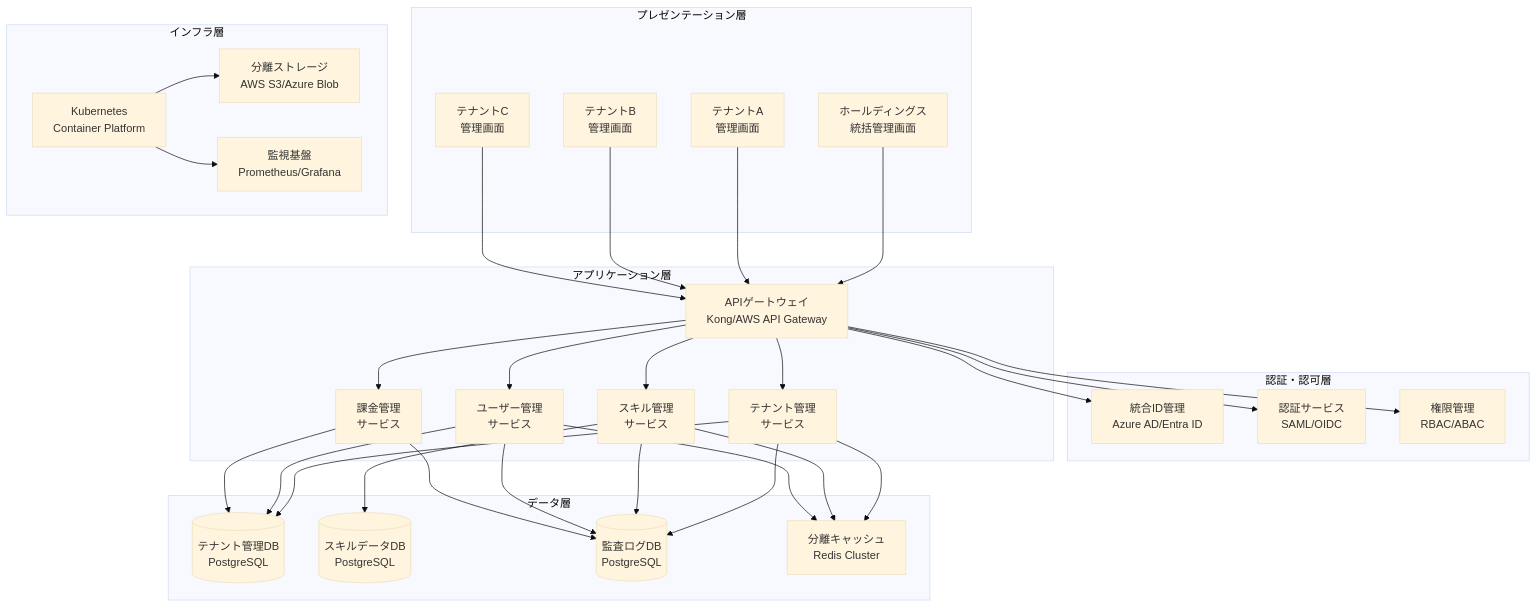
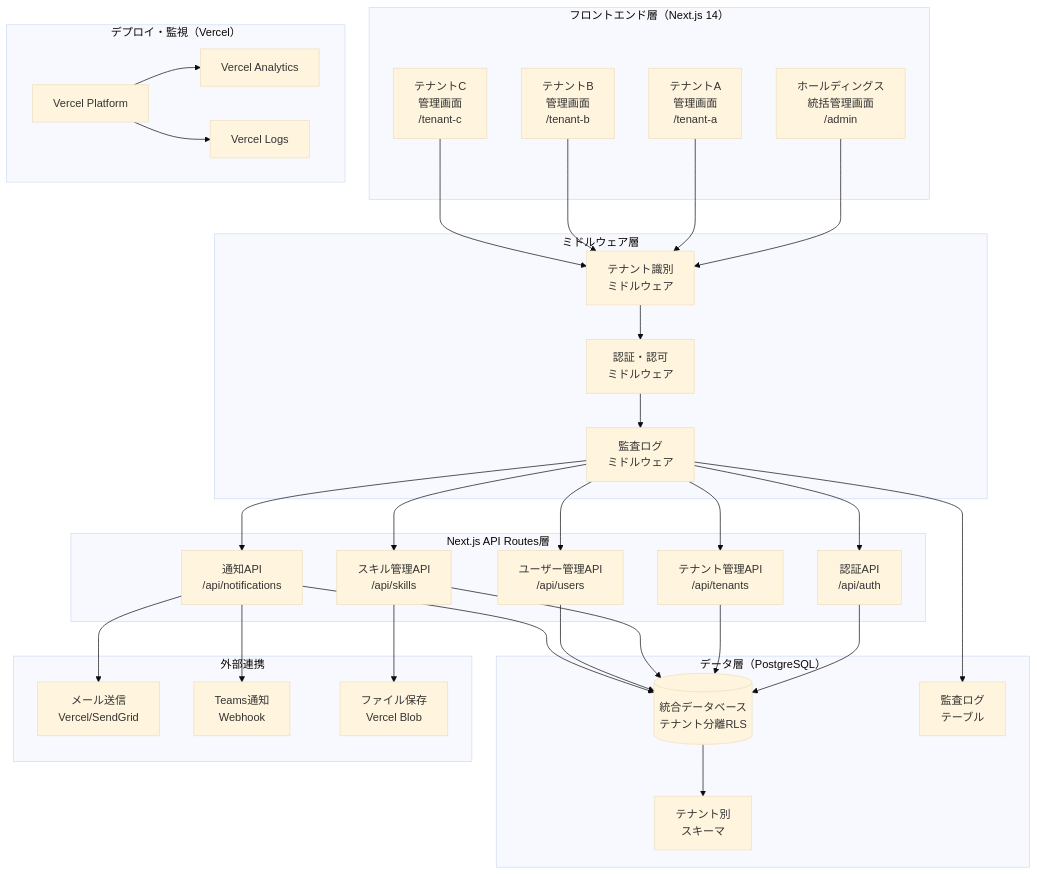
One commit to sas-dx/skill-report-web changed the first of 2 diagrams in docs/design/architecture/マルチテナントアーキテクチャ設計書.md. Above: the diagram before and after it, drawn with Mermaid (base theme). The commit also changed other lines of this file, not shown here.

````diff
--- a/docs/design/architecture/マルチテナントアーキテクチャ設計書.md
+++ b/docs/design/architecture/マルチテナントアーキテクチャ設計書.md
@@ -53,67 +55,71 @@
 ```mermaid
 graph TB
-    subgraph "プレゼンテーション層"
-        HQ_UI[ホールディングス<br/>統括管理画面]
-        TA_UI[テナントA<br/>管理画面]
-        TB_UI[テナントB<br/>管理画面]
-        TC_UI[テナントC<br/>管理画面]
+    subgraph "フロントエンド層（Next.js 14）"
+        HQ_UI[ホールディングス<br/>統括管理画面<br/>/admin]
+        TA_UI[テナントA<br/>管理画面<br/>/tenant-a]
+        TB_UI[テナントB<br/>管理画面<br/>/tenant-b]
+        TC_UI[テナントC<br/>管理画面<br/>/tenant-c]
     end
     
-    subgraph "認証・認可層"
-        IAM[統合ID管理<br/>Azure AD/Entra ID]
-        AUTH[認証サービス<br/>SAML/OIDC]
-        RBAC[権限管理<br/>RBAC/ABAC]
+    subgraph "Next.js API Routes層"
+        AUTH_API[認証API<br/>/api/auth]
+        TENANT_API[テナント管理API<br/>/api/tenants]
+        SKILL_API[スキル管理API<br/>/api/skills]
+        USER_API[ユーザー管理API<br/>/api/users]
+        NOTIFY_API[通知API<br/>/api/notifications]
     end
     
-    subgraph "アプリケーション層"
-        API_GW[APIゲートウェイ<br/>Kong/AWS API Gateway]
-        TENANT_SVC[テナント管理<br/>サービス]
-        SKILL_SVC[スキル管理<br/>サービス]
-        USER_SVC[ユーザー管理<br/>サービス]
-        BILLING_SVC[課金管理<br/>サービス]
+    subgraph "ミドルウェア層"
+        TENANT_MW[テナント識別<br/>ミドルウェア]
+        AUTH_MW[認証・認可<br/>ミドルウェア]
+        AUDIT_MW[監査ログ<br/>ミドルウェア]
     end
     
-    subgraph "データ層"
-        TENANT_DB[(テナント管理DB<br/>PostgreSQL)]
-        SKILL_DB[(スキルデータDB<br/>PostgreSQL)]
-        AUDIT_DB[(監査ログDB<br/>PostgreSQL)]
-        CACHE[分離キャッシュ<br/>Redis Cluster]
+    subgraph "データ層（PostgreSQL）"
+        MAIN_DB[(統合データベース<br/>テナント分離RLS)]
+        TENANT_SCHEMA[テナント別<br/>スキーマ]
+        AUDIT_LOGS[監査ログ<br/>テーブル]
     end
     
-    subgraph "インフラ層"
-        K8S[Kubernetes<br/>Container Platform]
-        STORAGE[分離ストレージ<br/>AWS S3/Azure Blob]
-        MONITOR[監視基盤<br/>Prometheus/Grafana]
+    subgraph "外部連携"
+        EMAIL[メール送信<br/>Vercel/SendGrid]
+        TEAMS[Teams通知<br/>Webhook]
+        STORAGE[ファイル保存<br/>Vercel Blob]
     end
     
-    HQ_UI --> API_GW
-    TA_UI --> API_GW
-    TB_UI --> API_GW
-    TC_UI --> API_GW
+    subgraph "デプロイ・監視（Vercel）"
+        VERCEL[Vercel Platform]
+        ANALYTICS[Vercel Analytics]
+        LOGS[Vercel Logs]
+    end
     
-    API_GW --> IAM
-    API_GW --> AUTH
-    API_GW --> RBAC
+    HQ_UI --> TENANT_MW
+    TA_UI --> TENANT_MW
+    TB_UI --> TENANT_MW
+    TC_UI --> TENANT_MW
     
-    API_GW --> TENANT_SVC
-    API_GW --> SKILL_SVC
-    API_GW --> USER_SVC
-    API_GW --> BILLING_SVC
+    TENANT_MW --> AUTH_MW
+    AUTH_MW --> AUDIT_MW
     
-    TENANT_SVC --> TENANT_DB
-    SKILL_SVC --> SKILL_DB
-    USER_SVC --> TENANT_DB
-    BILLING_SVC --> TENANT_DB
+    AUDIT_MW --> AUTH_API
+    AUDIT_MW --> TENANT_API
+    AUDIT_MW --> SKILL_API
+    AUDIT_MW --> USER_API
+    AUDIT_MW --> NOTIFY_API
     
-    TENANT_SVC --> AUDIT_DB
-    SKILL_SVC --> AUDIT_DB
-    USER_SVC --> AUDIT_DB
-    BILLING_SVC --> AUDIT_DB
+    AUTH_API --> MAIN_DB
+    TENANT_API --> MAIN_DB
+    SKILL_API --> MAIN_DB
+    USER_API --> MAIN_DB
+    NOTIFY_API --> MAIN_DB
     
-    TENANT_SVC --> CACHE
-    SKILL_SVC --> CACHE
-    USER_SVC --> CACHE
+    MAIN_DB --> TENANT_SCHEMA
+    AUDIT_MW --> AUDIT_LOGS
     
-    K8S --> STORAGE
-    K8S --> MONITOR
+    NOTIFY_API --> EMAIL
+    NOTIFY_API --> TEAMS
+    SKILL_API --> STORAGE
+    
+    VERCEL --> ANALYTICS
+    VERCEL --> LOGS
 ```
````
